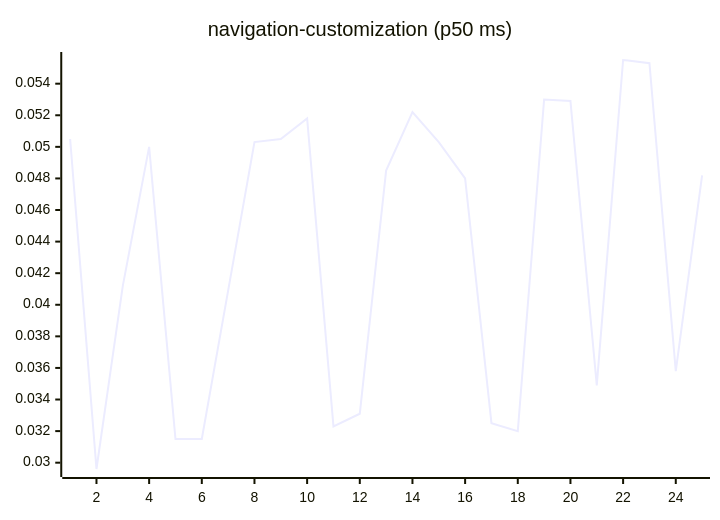
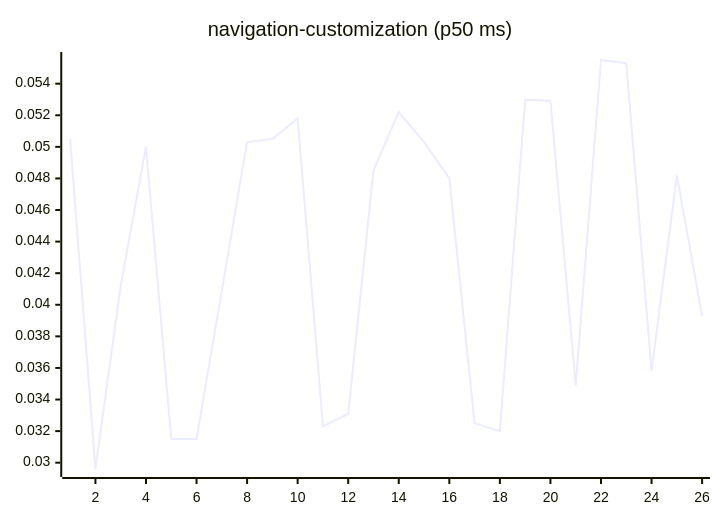
Before and after one commit to josha/Facet: diagram 15 of 27 in README.md, drawn with Mermaid. The commit also changed other lines of this file and 2 other files, not shown here.

````diff
--- a/README.md
+++ b/README.md
@@ -161,6 +161,6 @@
 ```mermaid
 xychart-beta
     title "navigation-customization (p50 ms)"
-    x-axis 1 --> 25
-    line [0.0505, 0.0296, 0.0412, 0.0500, 0.0315, 0.0315, 0.0409, 0.0503, 0.0505, 0.0518, 0.0323, 0.0331, 0.0485, 0.0522, 0.0503, 0.0480, 0.0325, 0.0320, 0.0530, 0.0529, 0.0349, 0.0555, 0.0553, 0.0358, 0.0482]
+    x-axis 1 --> 26
+    line [0.0505, 0.0296, 0.0412, 0.0500, 0.0315, 0.0315, 0.0409, 0.0503, 0.0505, 0.0518, 0.0323, 0.0331, 0.0485, 0.0522, 0.0503, 0.0480, 0.0325, 0.0320, 0.0530, 0.0529, 0.0349, 0.0555, 0.0553, 0.0358, 0.0482, 0.0393]
 ```
````
